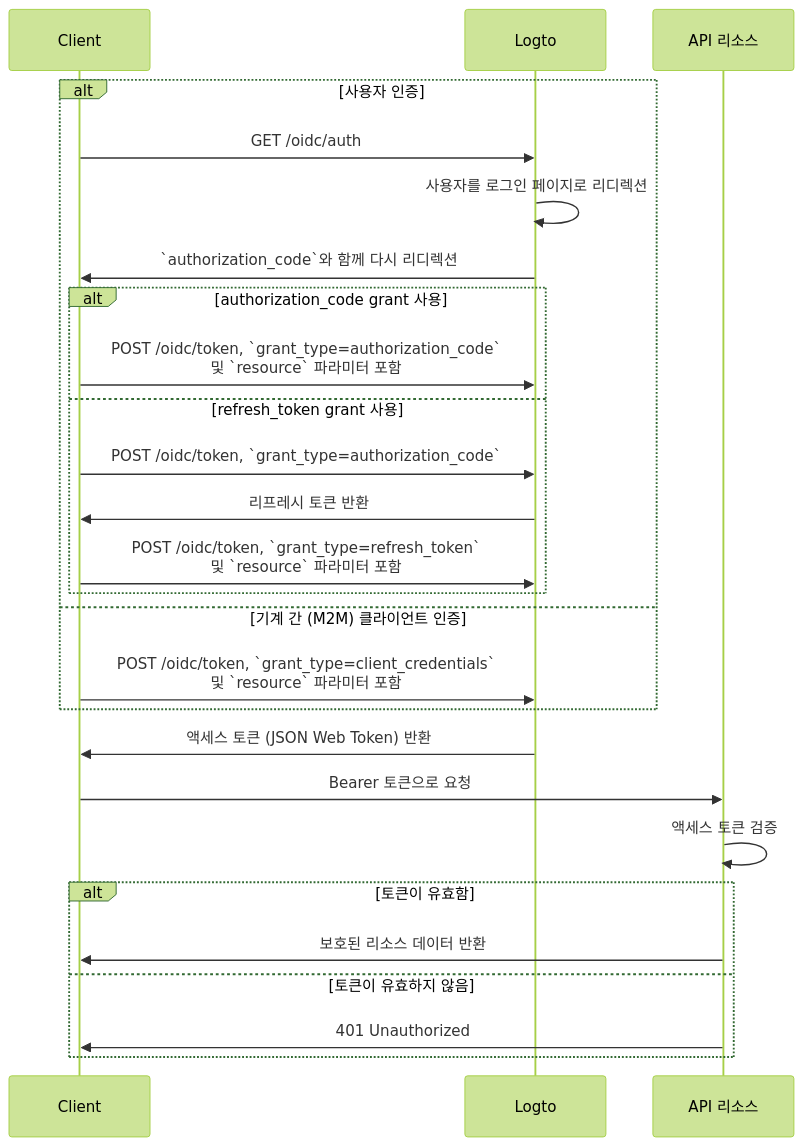
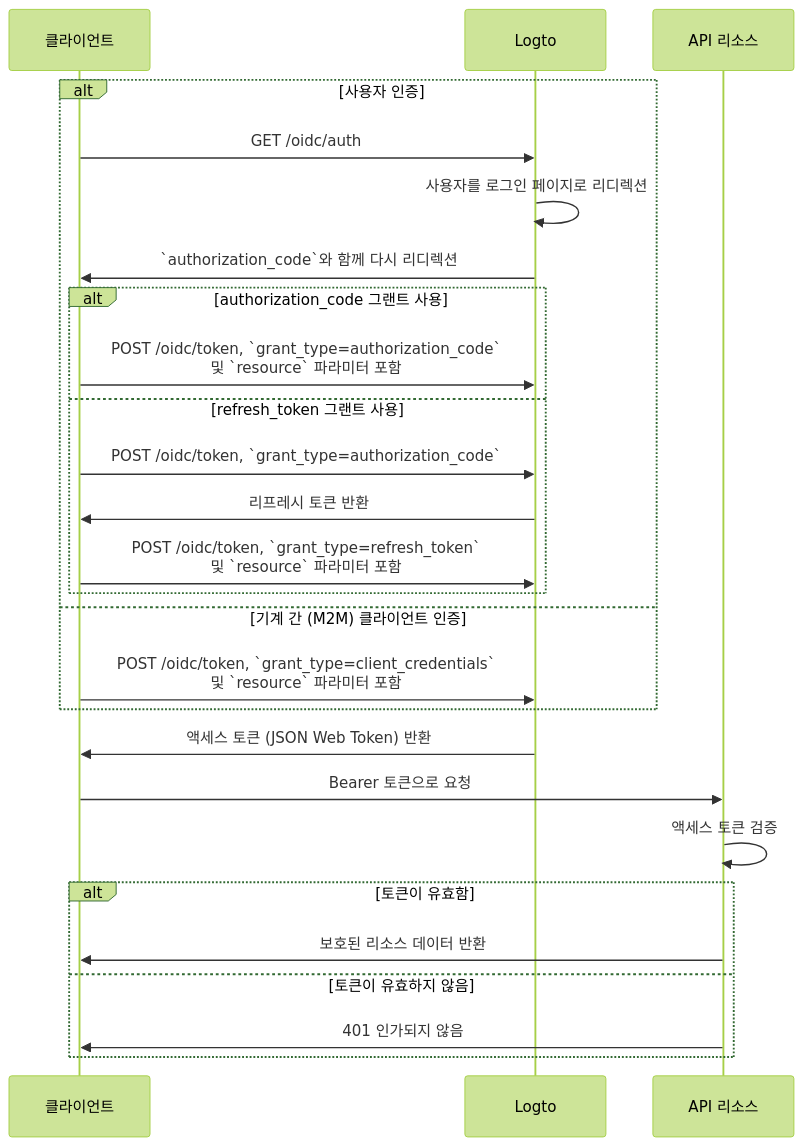
One commit to logto-io/docs changed the diagram in i18n/ko/docusaurus-plugin-content-docs/current/authorization/global-api-resources.mdx. Above: the diagram before and after it, drawn with Mermaid (forest theme). The commit also changed other lines of this file and 200 other files, not shown here.

````diff
--- a/i18n/ko/docusaurus-plugin-content-docs/current/authorization/global-api-resources.mdx
+++ b/i18n/ko/docusaurus-plugin-content-docs/current/authorization/global-api-resources.mdx
@@ -67,31 +67,31 @@
 ```mermaid
 sequenceDiagram
-    participant Client
-    participant Logto
+    participant Client as 클라이언트
+    participant Logto as Logto
     participant API as API 리소스
 
     alt 사용자 인증
         Client->>Logto: GET /oidc/auth
         Logto->>Logto: 사용자를 로그인 페이지로 리디렉션
         Logto->>Client: `authorization_code`와 함께 다시 리디렉션
-        alt authorization_code grant 사용
+        alt authorization_code 그랜트 사용
             Client->>Logto: POST /oidc/token, `grant_type=authorization_code`<br/>및 `resource` 파라미터 포함
-        else refresh_token grant 사용
+        else refresh_token 그랜트 사용
             Client->>Logto: POST /oidc/token, `grant_type=authorization_code`
             Logto->>Client: 리프레시 토큰 반환
             Client->>Logto: POST /oidc/token, `grant_type=refresh_token`<br/>및 `resource` 파라미터 포함
         end
     else 기계 간 (M2M) 클라이언트 인증
         Client->>Logto: POST /oidc/token, `grant_type=client_credentials`<br/>및 `resource` 파라미터 포함
     end
 
     Logto->>Client: 액세스 토큰 (JSON Web Token) 반환
     Client->>API: Bearer 토큰으로 요청
     API->>API: 액세스 토큰 검증
 
     alt 토큰이 유효함
       API->>Client: 보호된 리소스 데이터 반환
     else 토큰이 유효하지 않음
-      API->>Client: 401 Unauthorized
+      API->>Client: 401 인가되지 않음
     end
 ```
````
